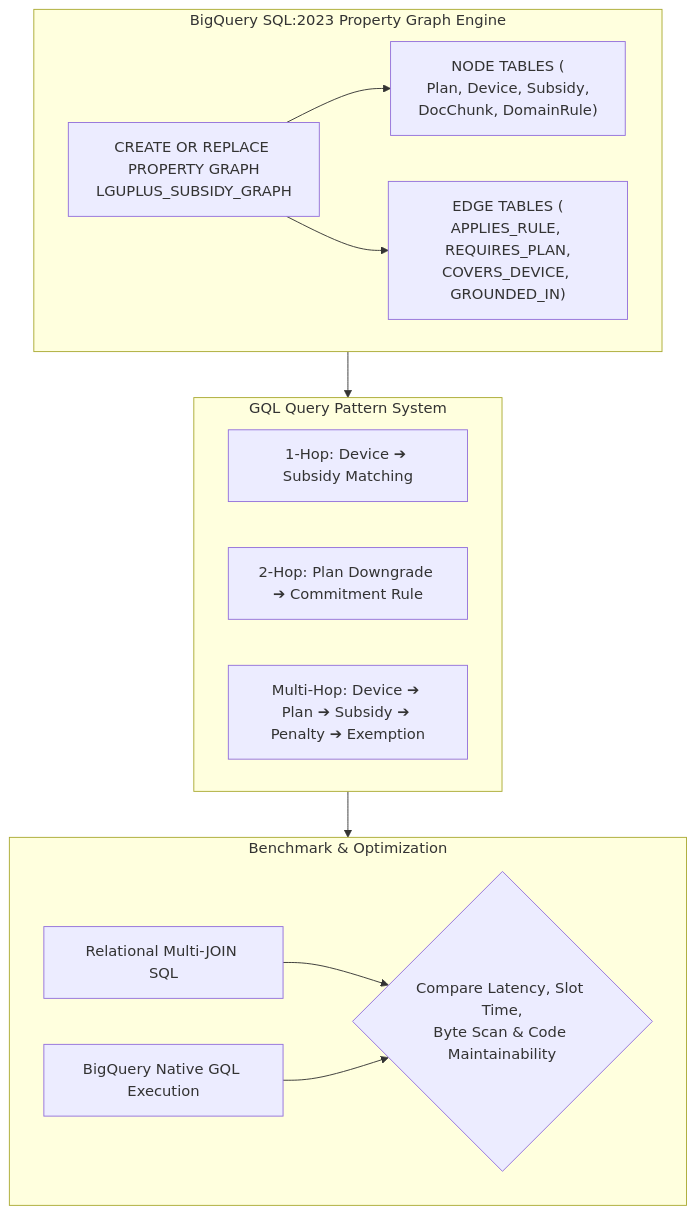
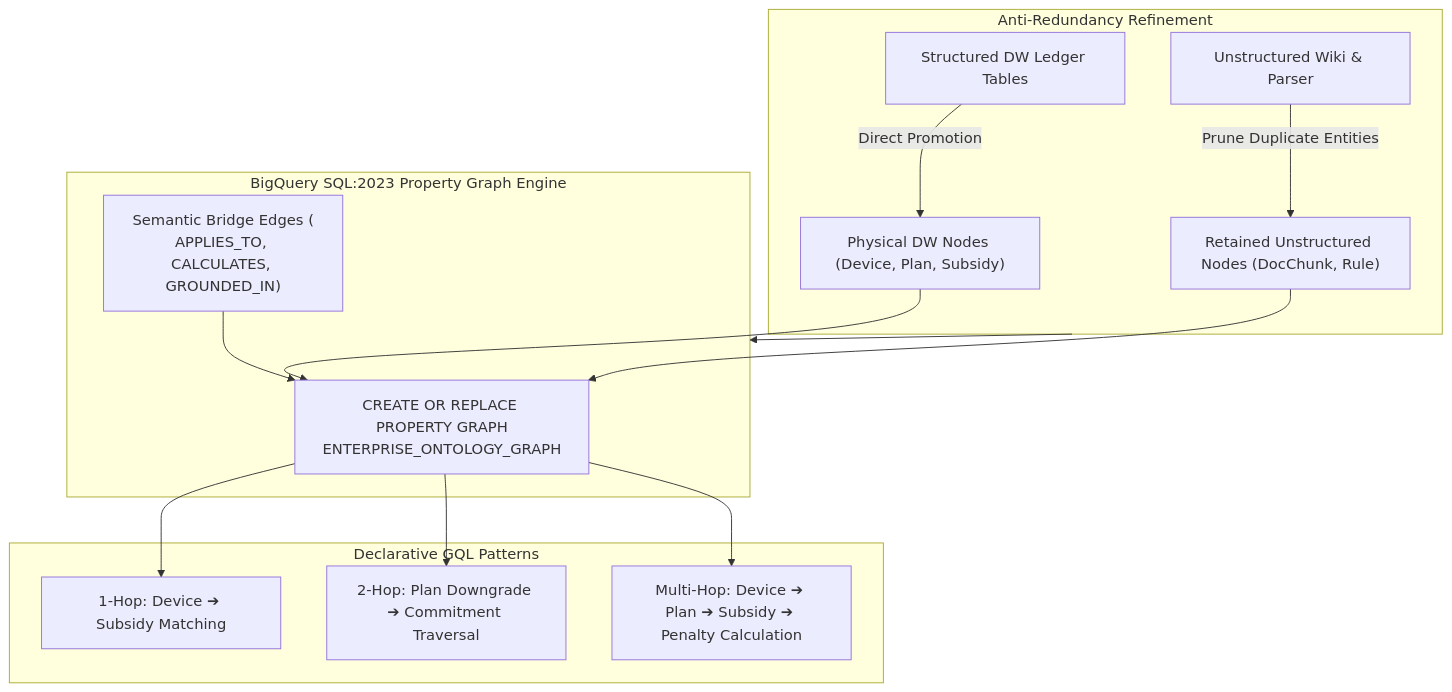
One commit to seanjungG/agentic-ontology-starter changed the fourth of 6 diagrams in methodology/METHODOLOGY_EN.md. Above: the diagram before and after it, drawn with Mermaid. The commit also changed other lines of this file and 20 other files, not shown here.

Commit message:
feat: implement evolutionary architecture methodology, karpathy llm-wiki pipeline, and multi-view enterprise studio [GOAL-097]

````diff
--- a/methodology/METHODOLOGY_EN.md
+++ b/methodology/METHODOLOGY_EN.md
@@ -213,24 +239,22 @@
 ```mermaid
 flowchart TD
-    subgraph DDLCompilation ["BigQuery SQL:2023 Property Graph Engine"]
-        DDL["CREATE OR REPLACE PROPERTY GRAPH<br/>LGUPLUS_SUBSIDY_GRAPH"]
-        Nodes["NODE TABLES (<br/>Plan, Device, Subsidy,<br/>DocChunk, DomainRule)"]
-        Edges["EDGE TABLES (<br/>APPLIES_RULE, REQUIRES_PLAN,<br/>COVERS_DEVICE, GROUNDED_IN)"]
-        DDL --> Nodes & Edges
+    subgraph AntiRedundancy ["Anti-Redundancy Refinement"]
+        RawDW["Structured DW Ledger Tables"] -->|Direct Promotion| DWNodes["Physical DW Nodes (Device, Plan, Subsidy)"]
+        RawDoc["Unstructured Wiki & Parser"] -->|Prune Duplicate Entities| DocNodes["Retained Unstructured Nodes (DocChunk, Rule)"]
     end
 
-    subgraph GQLTraverse ["GQL Query Pattern System"]
-        Q1["1-Hop: Device ➔ Subsidy Matching"]
-        Q2["2-Hop: Plan Downgrade ➔ Commitment Rule"]
-        Q3["Multi-Hop: Device ➔ Plan ➔ Subsidy ➔ Penalty ➔ Exemption"]
+    subgraph DDLCompilation ["BigQuery SQL:2023 Property Graph Engine"]
+        DDL["CREATE OR REPLACE PROPERTY GRAPH<br/>ENTERPRISE_ONTOLOGY_GRAPH"]
+        DWNodes & DocNodes --> DDL
+        Edges["Semantic Bridge Edges (<br/>APPLIES_TO, CALCULATES, GROUNDED_IN)"] --> DDL
     end
 
-    subgraph BenchmarkLoop ["Benchmark & Optimization"]
-        SQL_Exec["Relational Multi-JOIN SQL"]
-        GQL_Exec["BigQuery Native GQL Execution"]
-        Compare{"Compare Latency, Slot Time,<br/>Byte Scan & Code Maintainability"}
-        SQL_Exec & GQL_Exec --> Compare
+    subgraph GQLTraverse ["Declarative GQL Patterns"]
+        Q1["1-Hop: Device ➔ Subsidy Matching"]
+        Q2["2-Hop: Plan Downgrade ➔ Commitment Traversal"]
+        Q3["Multi-Hop: Device ➔ Plan ➔ Subsidy ➔ Penalty Calculation"]
+        DDL --> Q1 & Q2 & Q3
     end
 
-    DDLCompilation --> GQLTraverse --> BenchmarkLoop
+    AntiRedundancy --> DDLCompilation
 ```
````
